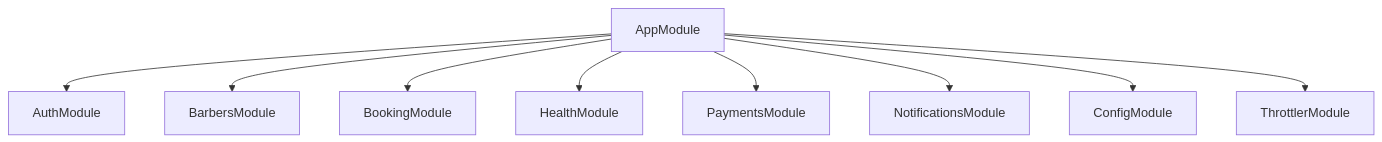
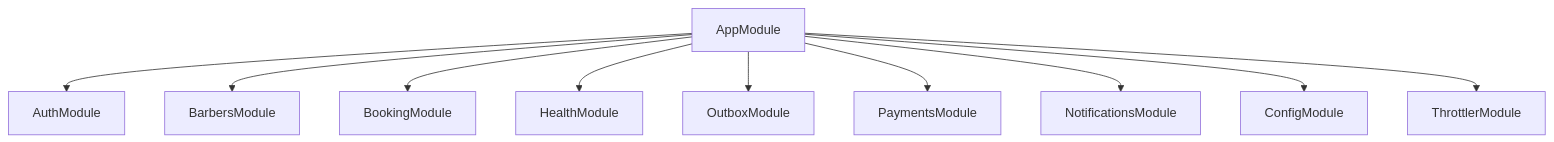
Before and after one commit to Erics-Barbers/erics-barbers-docs: the second of 4 diagrams in Current System Architecture.md, drawn with Mermaid. The commit also changed other lines of this file and 14 other files, not shown here.

````diff
--- a/Current System Architecture.md
+++ b/Current System Architecture.md
@@ -138,11 +141,12 @@
 ```mermaid
 flowchart TD
     AppModule --> AuthModule
     AppModule --> BarbersModule
     AppModule --> BookingModule
     AppModule --> HealthModule
+    AppModule --> OutboxModule
     AppModule --> PaymentsModule
     AppModule --> NotificationsModule
     AppModule --> ConfigModule
     AppModule --> ThrottlerModule
 ```
````
